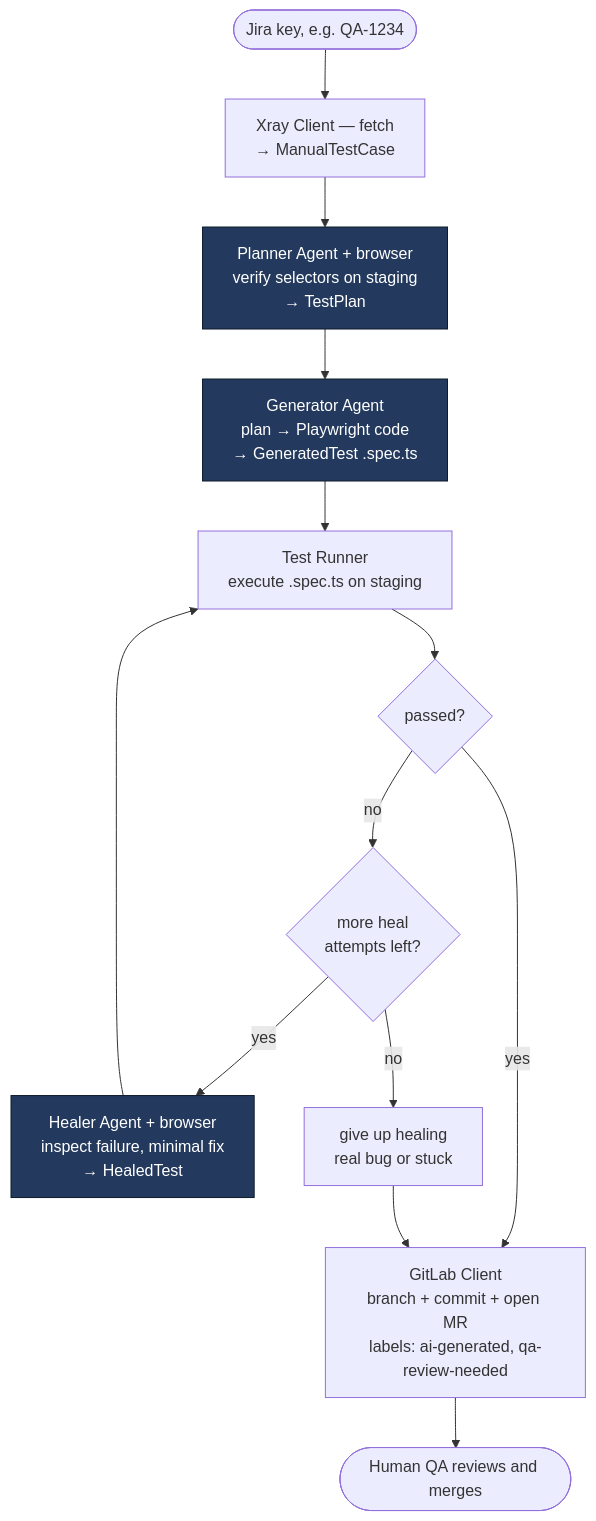
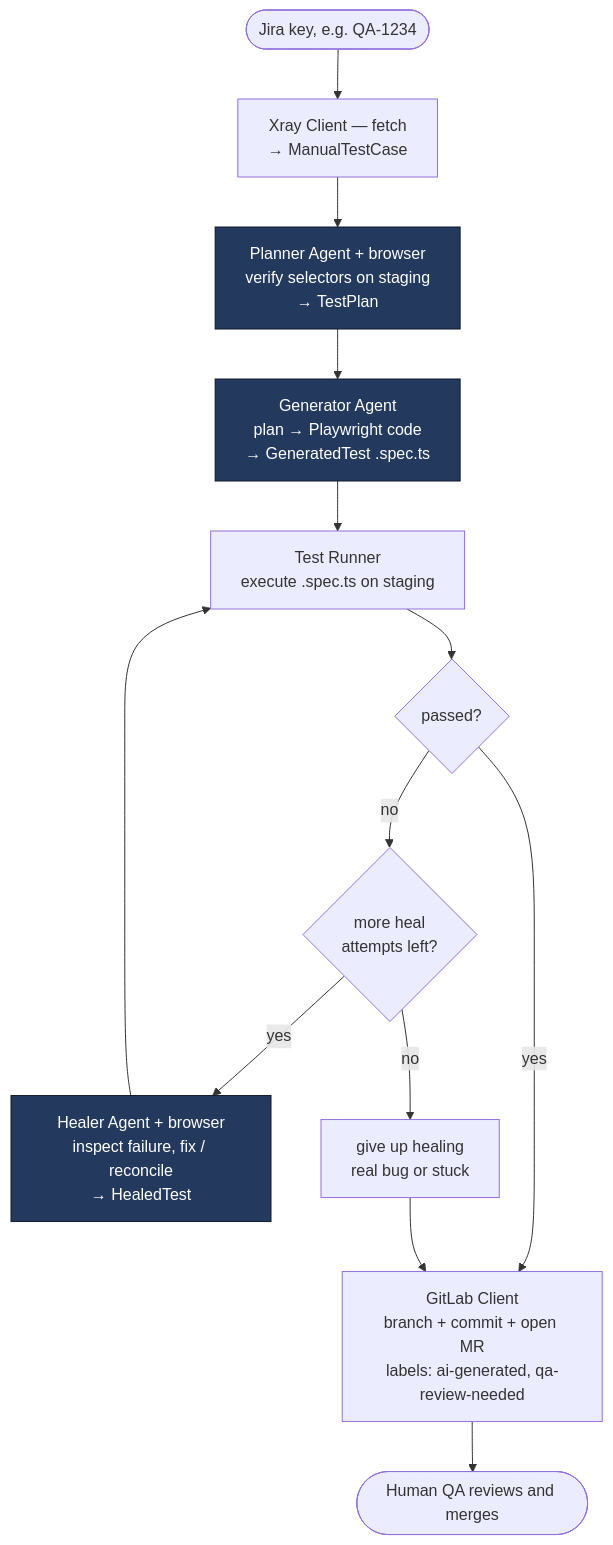
The first of 3 diagrams in docs/WORKFLOW.md (jpucic00/agentic-test-automation), drawn with Mermaid before and after one commit. The commit also changed other lines of this file and 14 other files, not shown here.

````diff
--- a/docs/WORKFLOW.md
+++ b/docs/WORKFLOW.md
@@ -10,21 +10,21 @@
 ```mermaid
 flowchart TD
     START([Jira key, e.g. QA-1234]) --> FETCH
 
     FETCH["Xray Client — fetch<br/>→ ManualTestCase"] --> PLAN
     PLAN["Planner Agent + browser<br/>verify selectors on staging<br/>→ TestPlan"] --> GEN
     GEN["Generator Agent<br/>plan → Playwright code<br/>→ GeneratedTest .spec.ts"] --> RUN
 
     RUN["Test Runner<br/>execute .spec.ts on staging"] --> Q1{passed?}
     Q1 -- yes --> MR
     Q1 -- no --> Q2{more heal<br/>attempts left?}
-    Q2 -- yes --> HEAL["Healer Agent + browser<br/>inspect failure, minimal fix<br/>→ HealedTest"]
+    Q2 -- yes --> HEAL["Healer Agent + browser<br/>inspect failure, fix / reconcile<br/>→ HealedTest"]
     HEAL --> RUN
     Q2 -- no --> FLAG["give up healing<br/>real bug or stuck"]
     FLAG --> MR
 
     MR["GitLab Client<br/>branch + commit + open MR<br/>labels: ai-generated, qa-review-needed"] --> REVIEW([Human QA reviews and merges])
 
     classDef agent fill:#23395d,color:#fff,stroke:#0d1b2a;
     class PLAN,GEN,HEAL agent;
 ```
````
